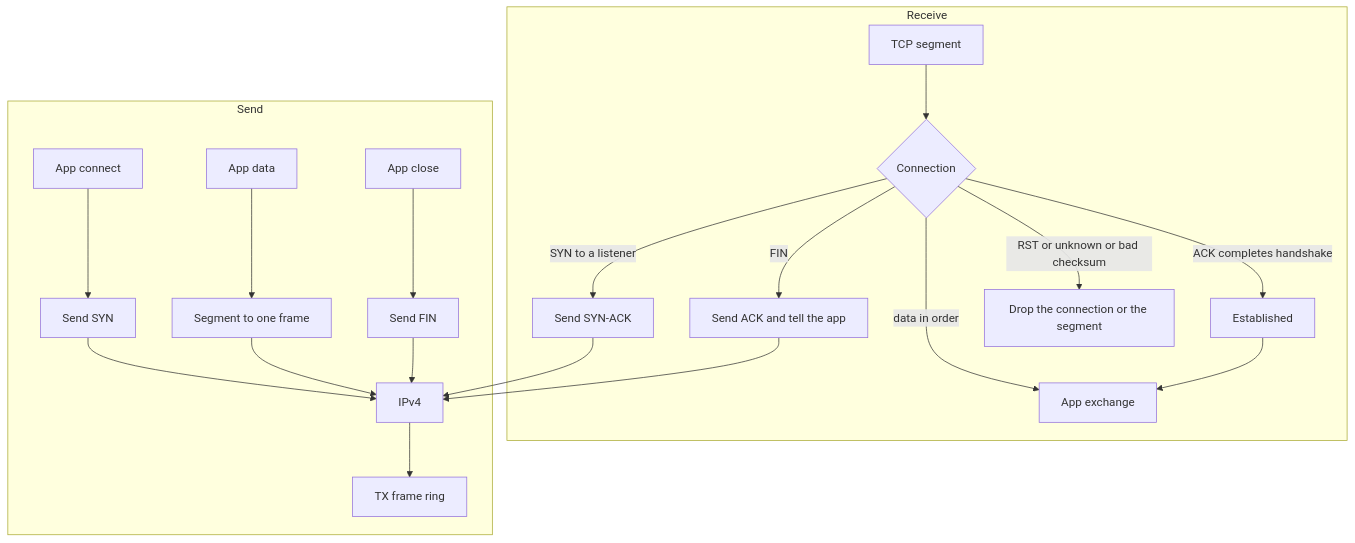
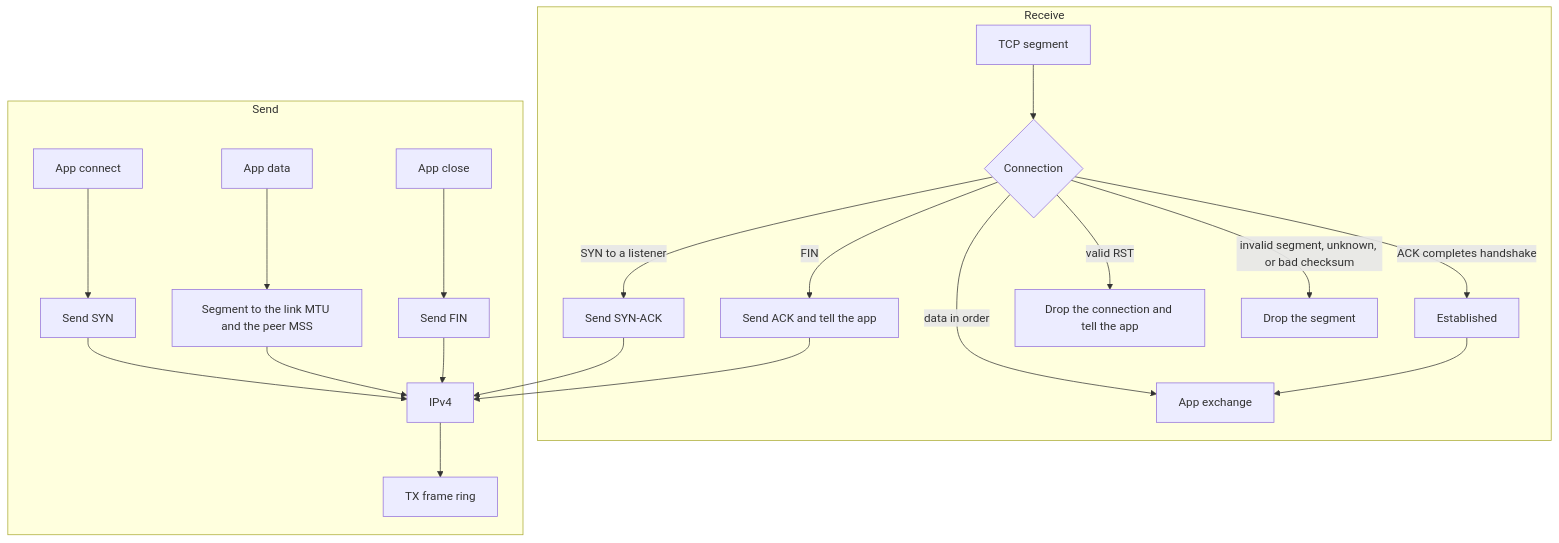
The seventh of 9 diagrams in projects/harland/docs/RING2_NET.md (ritz-lang/rz), drawn with Mermaid before and after one commit. The commit also changed other lines of this file and 2 other files, not shown here.

````diff
--- a/projects/harland/docs/RING2_NET.md
+++ b/projects/harland/docs/RING2_NET.md
@@ -216,23 +258,24 @@
 ```mermaid
 flowchart TB
   subgraph rx [Receive]
     rxIn[TCP segment] --> known{Connection}
     known -->|SYN to a listener| synack[Send SYN-ACK]
     known -->|ACK completes handshake| est[Established]
     known -->|data in order| appRx[App exchange]
     known -->|FIN| finack[Send ACK and tell the app]
-    known -->|RST or unknown or bad checksum| drop[Drop the connection or the segment]
+    known -->|valid RST| reset[Drop the connection and tell the app]
+    known -->|invalid segment, unknown, or bad checksum| drop[Drop the segment]
     est --> appRx
   end
   subgraph tx [Send]
     connect[App connect] --> syn[Send SYN]
-    data[App data] --> seg[Segment to one frame]
+    data[App data] --> seg[Segment to the link MTU and the peer MSS]
     close[App close] --> fin[Send FIN]
     syn --> ip[IPv4]
     seg --> ip
     fin --> ip
     synack --> ip
     finack --> ip
     ip --> txOut[TX frame ring]
   end
 ```
````
